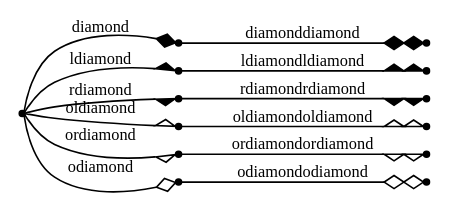
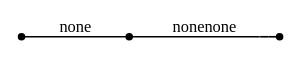
The diagram in out/clusters.out.08.004.gv (graphviz-perl/GraphViz2-Marpa-PathUtils), drawn with Graphviz before and after one commit. The commit also changed 47 other files, not shown here.

```diff
--- a/out/clusters.out.08.004.gv
+++ b/out/clusters.out.08.004.gv
@@ -1,19 +1,9 @@
 digraph G
 {
 	graph[rankdir = "LR" nodesep = "0"]
 	node[shape = "point" label = ""]
 	edge[fontsize = "10"]
-	_diamond -> diamond[arrowhead = "diamond" label = "diamond"]
-	diamond -> diamonddiamond[arrowhead = "diamonddiamond" label = "diamonddiamond"]
-	_diamond -> ldiamond[arrowhead = "ldiamond" label = "ldiamond"]
-	ldiamond -> ldiamondldiamond[arrowhead = "ldiamondldiamond" label = "ldiamondldiamond"]
-	_diamond -> rdiamond[arrowhead = "rdiamond" label = "rdiamond"]
-	rdiamond -> rdiamondrdiamond[arrowhead = "rdiamondrdiamond" label = "rdiamondrdiamond"]
-	_diamond -> oldiamond[arrowhead = "oldiamond" label = "oldiamond"]
-	oldiamond -> oldiamondoldiamond[arrowhead = "oldiamondoldiamond" label = "oldiamondoldiamond"]
-	_diamond -> ordiamond[arrowhead = "ordiamond" label = "ordiamond"]
-	ordiamond -> ordiamondordiamond[arrowhead = "ordiamondordiamond" label = "ordiamondordiamond"]
-	_diamond -> odiamond[arrowhead = "odiamond" label = "odiamond"]
-	odiamond -> odiamondodiamond[arrowhead = "odiamondodiamond" label = "odiamondodiamond"]
+	_none -> none[arrowhead = "none" label = "none"]
+	none -> nonenone[arrowhead = "nonenone" label = "nonenone"]
 
 }
```
